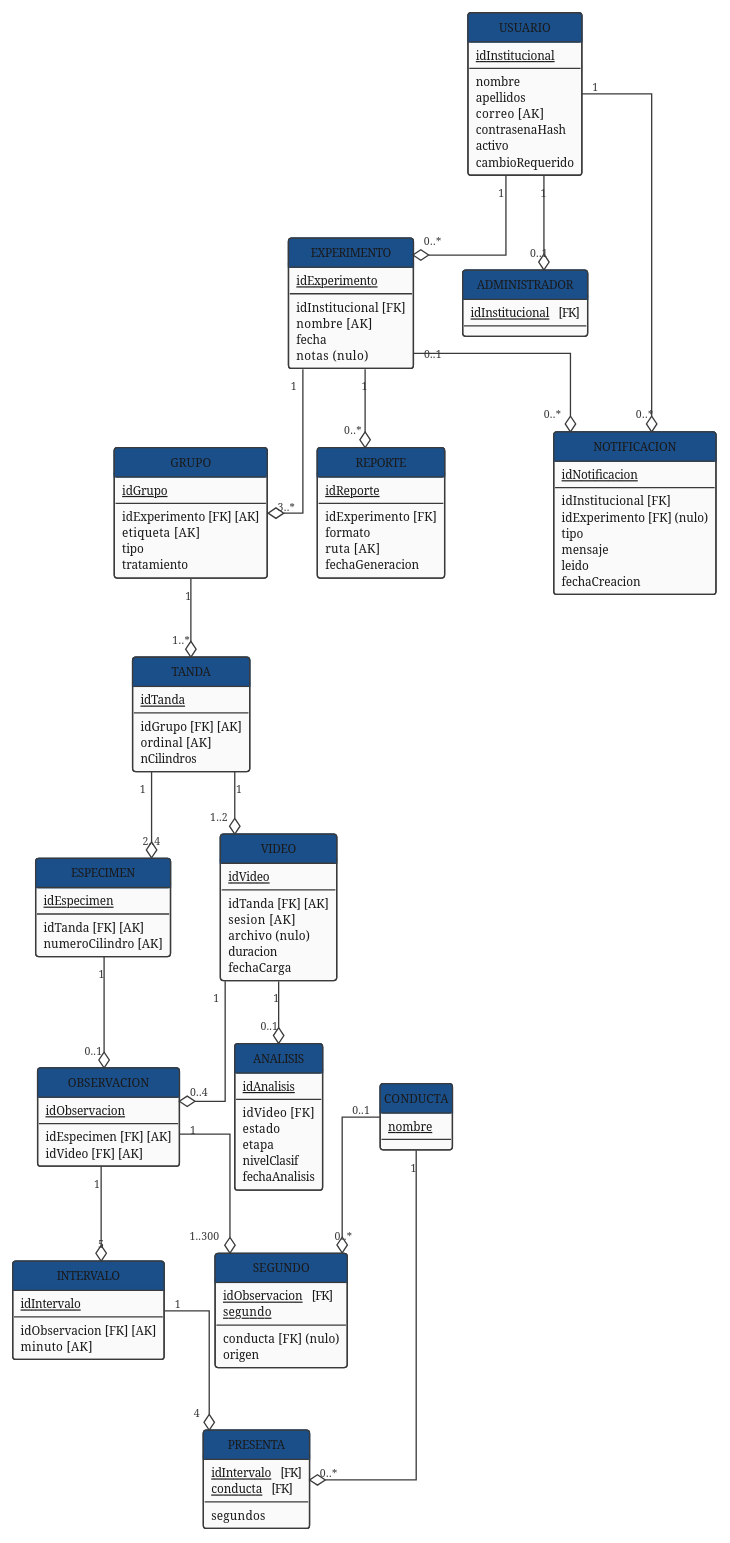
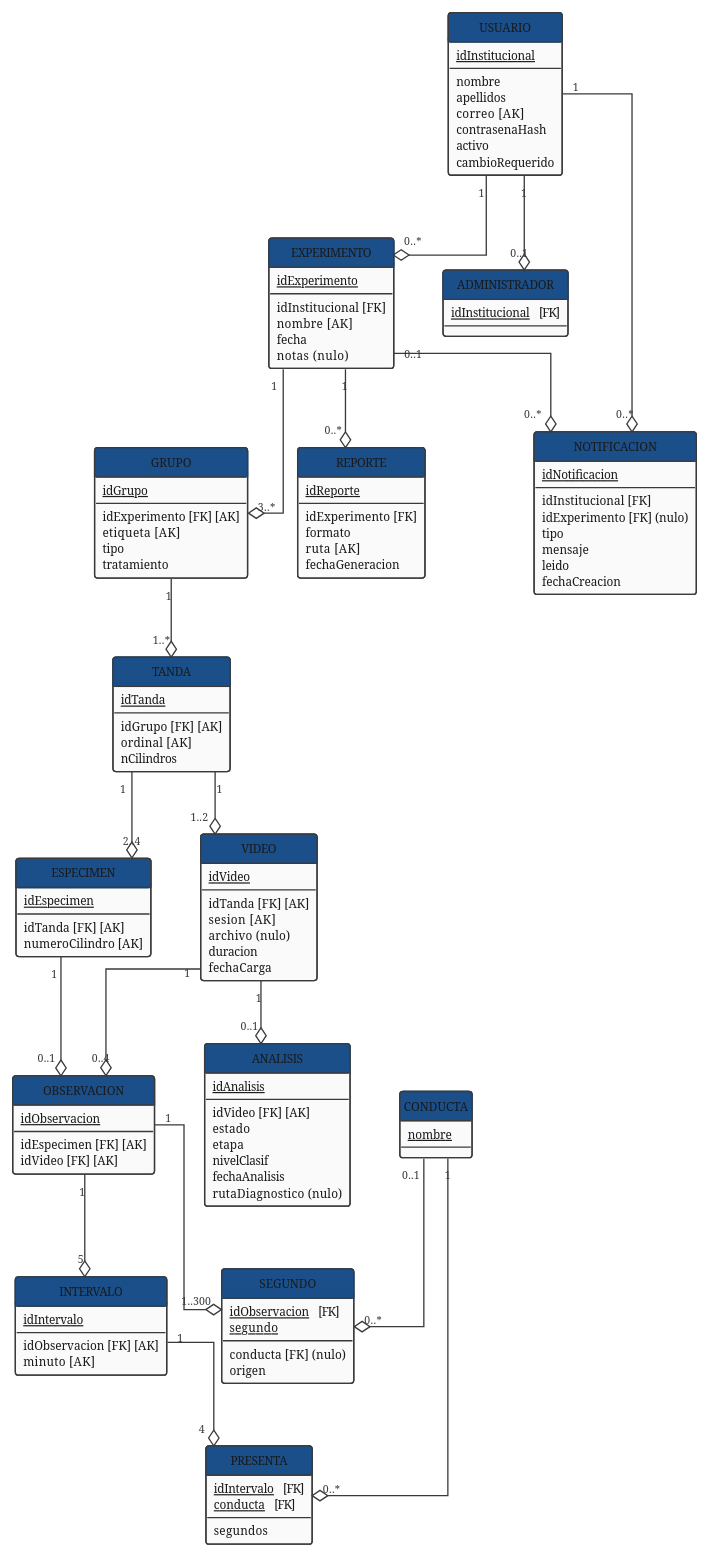
Before and after one commit to ErickJester/fst-ai-system-latex: the diagram in diagramas/grafo_relacional_3_vigente.puml, drawn with PlantUML. The commit also changed 42 other files, not shown here.

```diff
--- a/diagramas/grafo_relacional_3_vigente.puml
+++ b/diagramas/grafo_relacional_3_vigente.puml
@@ -172,11 +172,12 @@
 class ANALISIS {
   <u>idAnalisis</u>
   --
-  idVideo   [FK]
+  idVideo   [FK] [AK]
   estado
   etapa
   nivelClasif
   fechaAnalisis
+  rutaDiagnostico   (nulo)
 }
 
 class OBSERVACION {
```
